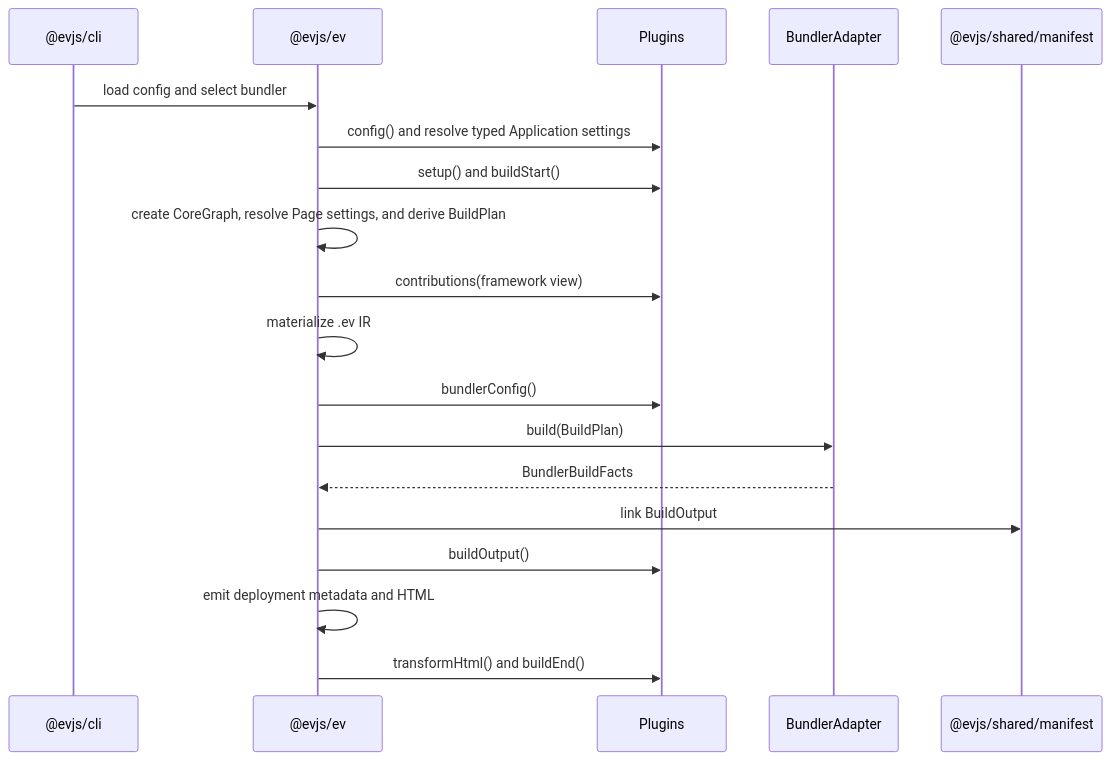
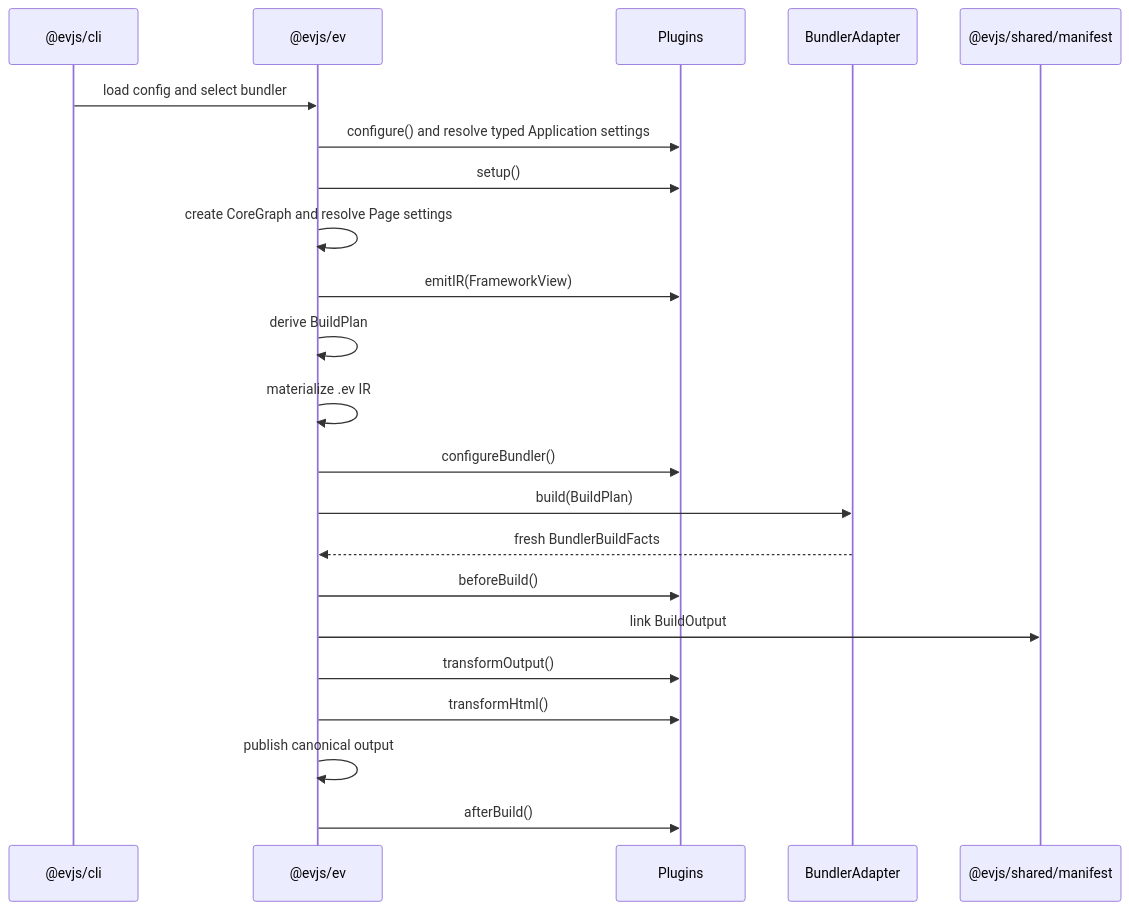
Before and after one commit to afx-team/evjs: the diagram in ARCHITECTURE.md, drawn with Mermaid. The commit also changed other lines of this file and 228 other files, not shown here.

Commit message:
refactor(core): simplify plugin and runtime boundaries (#69)

````diff
--- a/ARCHITECTURE.md
+++ b/ARCHITECTURE.md
@@ -89,22 +90,25 @@
 ```mermaid
 sequenceDiagram
   participant CLI as @evjs/cli
   participant EV as @evjs/ev
   participant Plugin as Plugins
   participant Bundler as BundlerAdapter
   participant Shared as @evjs/shared/manifest
 
   CLI->>EV: load config and select bundler
-  EV->>Plugin: config() and resolve typed Application settings
-  EV->>Plugin: setup() and buildStart()
-  EV->>EV: create CoreGraph, resolve Page settings, and derive BuildPlan
-  EV->>Plugin: contributions(framework view)
+  EV->>Plugin: configure() and resolve typed Application settings
+  EV->>Plugin: setup()
+  EV->>EV: create CoreGraph and resolve Page settings
+  EV->>Plugin: emitIR(FrameworkView)
+  EV->>EV: derive BuildPlan
   EV->>EV: materialize .ev IR
-  EV->>Plugin: bundlerConfig()
+  EV->>Plugin: configureBundler()
   EV->>Bundler: build(BuildPlan)
-  Bundler-->>EV: BundlerBuildFacts
+  Bundler-->>EV: fresh BundlerBuildFacts
+  EV->>Plugin: beforeBuild()
   EV->>Shared: link BuildOutput
-  EV->>Plugin: buildOutput()
-  EV->>EV: emit deployment metadata and HTML
-  EV->>Plugin: transformHtml() and buildEnd()
+  EV->>Plugin: transformOutput()
+  EV->>Plugin: transformHtml()
+  EV->>EV: publish canonical output
+  EV->>Plugin: afterBuild()
 ```
````
